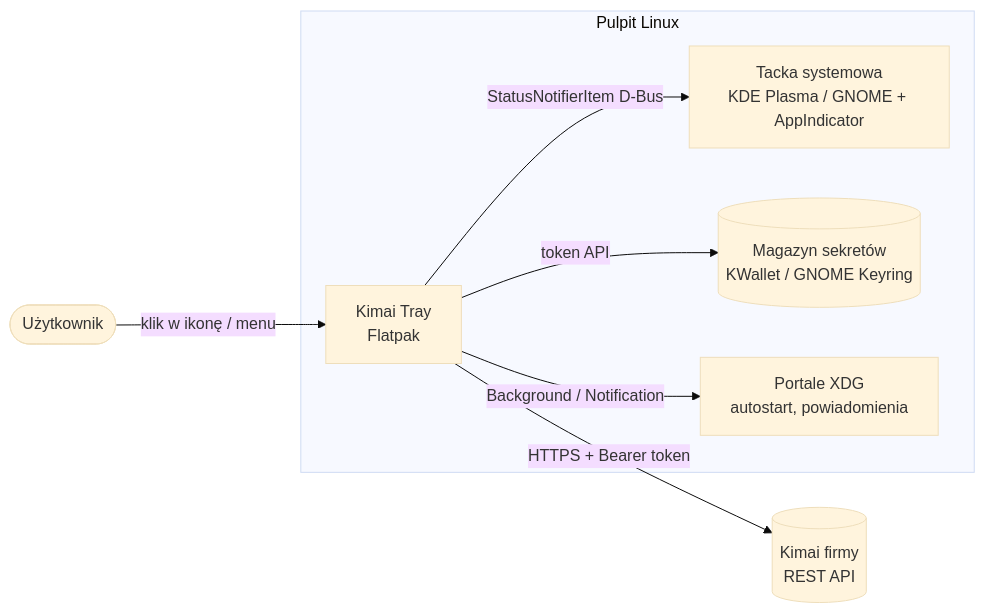
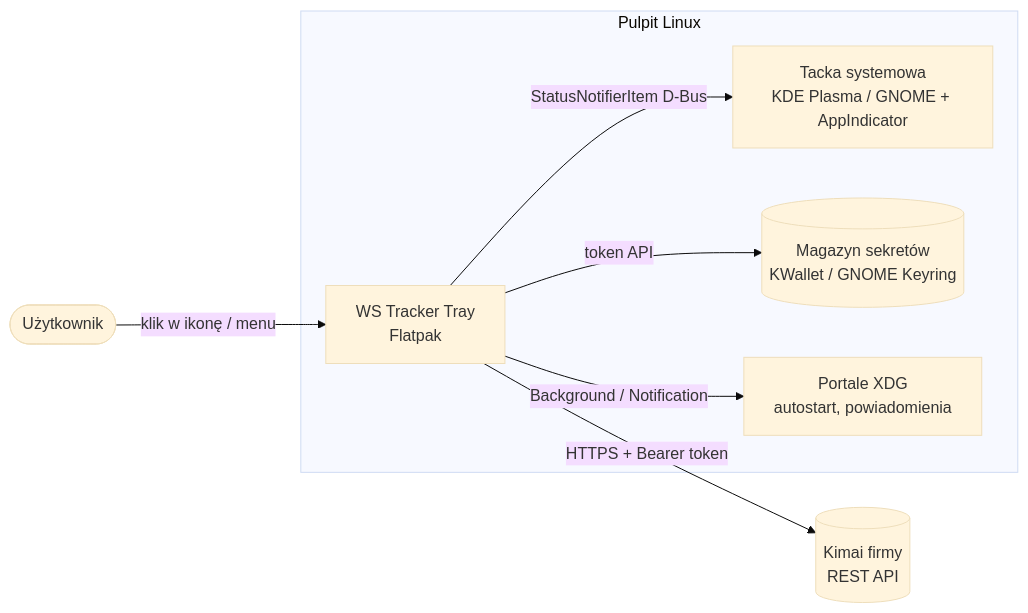
Before and after one commit to DragonKing026/DK-Tracker-Linux: the diagram in docs/architektura/przeglad.md, drawn with Mermaid (base theme). The commit also changed 66 other files, not shown here.

Commit message:
docs: nazwa WS Tracker Tray w dokumentacji, planie 4 i zadaniach

````diff
--- a/docs/architektura/przeglad.md
+++ b/docs/architektura/przeglad.md
@@ -37,14 +37,14 @@
 ```mermaid
 flowchart LR
     U([Użytkownik]) -- klik w ikonę / menu --> APP
     subgraph Pulpit Linux
         TRAY[Tacka systemowa<br/>KDE Plasma / GNOME + AppIndicator]
-        APP[Kimai Tray<br/>Flatpak]
+        APP[WS Tracker Tray<br/>Flatpak]
         SEC[(Magazyn sekretów<br/>KWallet / GNOME Keyring)]
         PORT[Portale XDG<br/>autostart, powiadomienia]
     end
     APP -- StatusNotifierItem D-Bus --> TRAY
     APP -- token API --> SEC
     APP -- Background / Notification --> PORT
     APP -- HTTPS + Bearer token --> KIMAI[(Kimai firmy<br/>REST API)]
 ```
````
